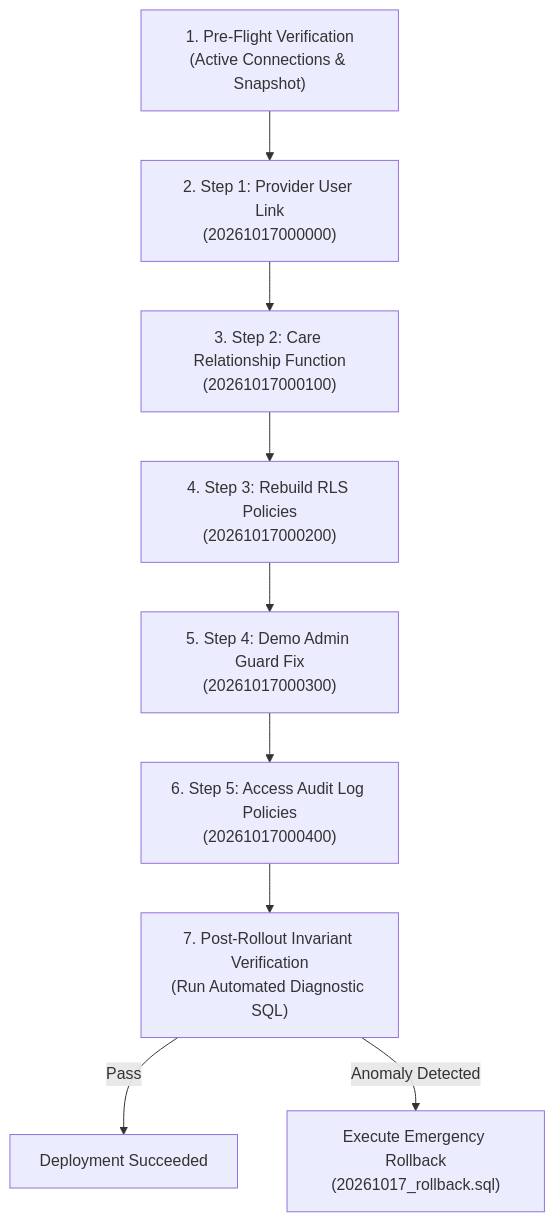
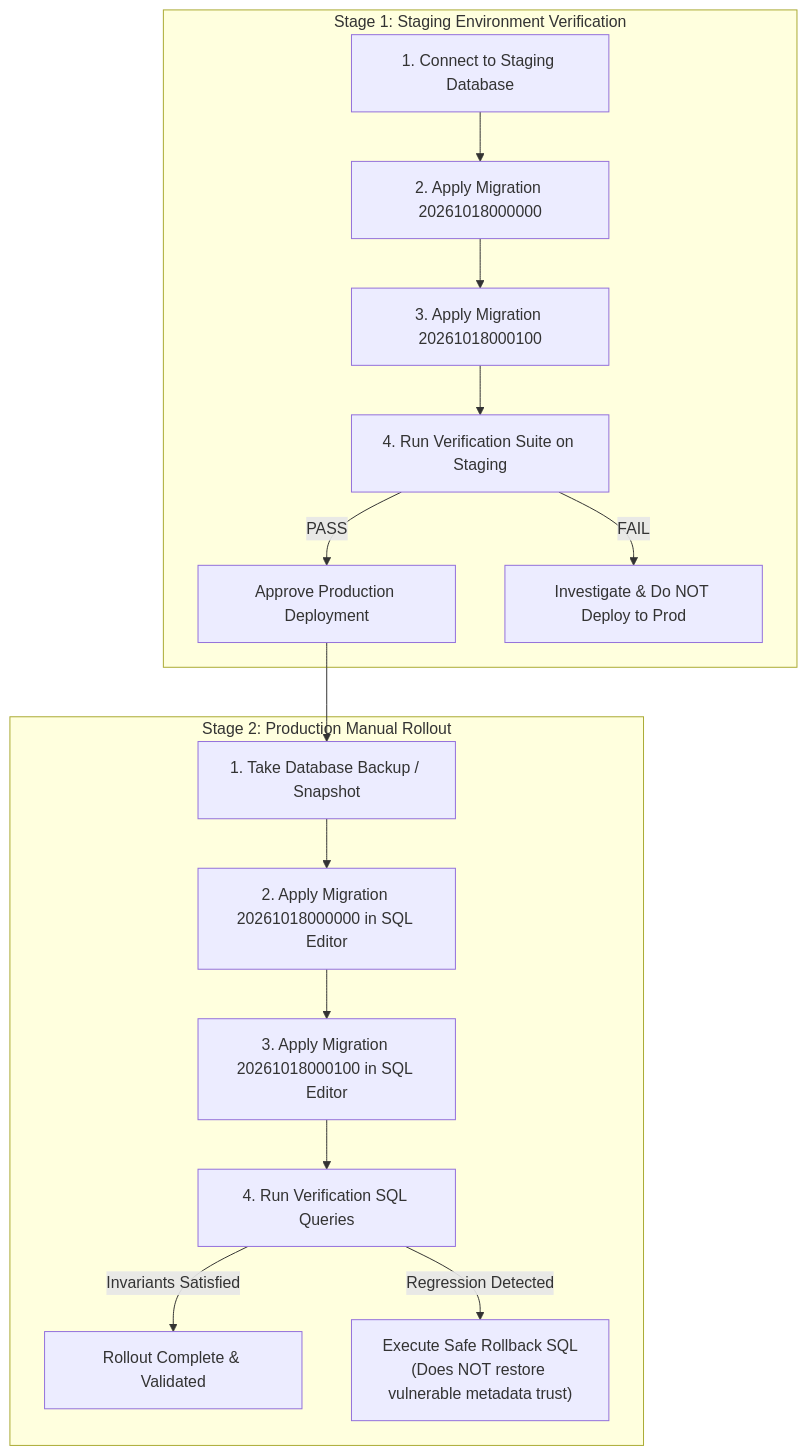
The diagram in docs/ROLLOUT_RLS_FIX.md (Arnavshukla09/RURAL-HEALTHCARE-PLATFORM), drawn with Mermaid before and after one commit. The commit also changed other lines of this file and 1 other file, not shown here.

Commit message:
docs(security): publish production rollout runbook and record Definition of Done sign-off

````diff
--- a/docs/ROLLOUT_RLS_FIX.md
+++ b/docs/ROLLOUT_RLS_FIX.md
@@ -14,11 +20,19 @@
 ```mermaid
 flowchart TD
-    PreCheck["1. Pre-Flight Verification\n(Active Connections & Snapshot)"] --> Mig1["2. Step 1: Provider User Link\n(20261017000000)"]
-    Mig1 --> Mig2["3. Step 2: Care Relationship Function\n(20261017000100)"]
-    Mig2 --> Mig3["4. Step 3: Rebuild RLS Policies\n(20261017000200)"]
-    Mig3 --> Mig4["5. Step 4: Demo Admin Guard Fix\n(20261017000300)"]
-    Mig4 --> Mig5["6. Step 5: Access Audit Log Policies\n(20261017000400)"]
-    Mig5 --> Verify["7. Post-Rollout Invariant Verification\n(Run Automated Diagnostic SQL)"]
-    Verify -- Pass --> Complete["Deployment Succeeded"]
-    Verify -- Anomaly Detected --> Rollback["Execute Emergency Rollback\n(20261017_rollback.sql)"]
+    subgraph StagingPhase["Stage 1: Staging Environment Verification"]
+        S1["1. Connect to Staging Database"] --> S2["2. Apply Migration 20261018000000"]
+        S2 --> S3["3. Apply Migration 20261018000100"]
+        S3 --> S4["4. Run Verification Suite on Staging"]
+        S4 -- PASS --> DeployProd["Approve Production Deployment"]
+        S4 -- FAIL --> Abort["Investigate & Do NOT Deploy to Prod"]
+    end
+
+    subgraph ProductionPhase["Stage 2: Production Manual Rollout"]
+        DeployProd --> P1["1. Take Database Backup / Snapshot"]
+        P1 --> P2["2. Apply Migration 20261018000000 in SQL Editor"]
+        P2 --> P3["3. Apply Migration 20261018000100 in SQL Editor"]
+        P3 --> P4["4. Run Verification SQL Queries"]
+        P4 -- Invariants Satisfied --> Complete["Rollout Complete & Validated"]
+        P4 -- Regression Detected --> SafeRollback["Execute Safe Rollback SQL\n(Does NOT restore vulnerable metadata trust)"]
+    end
 ```
````
